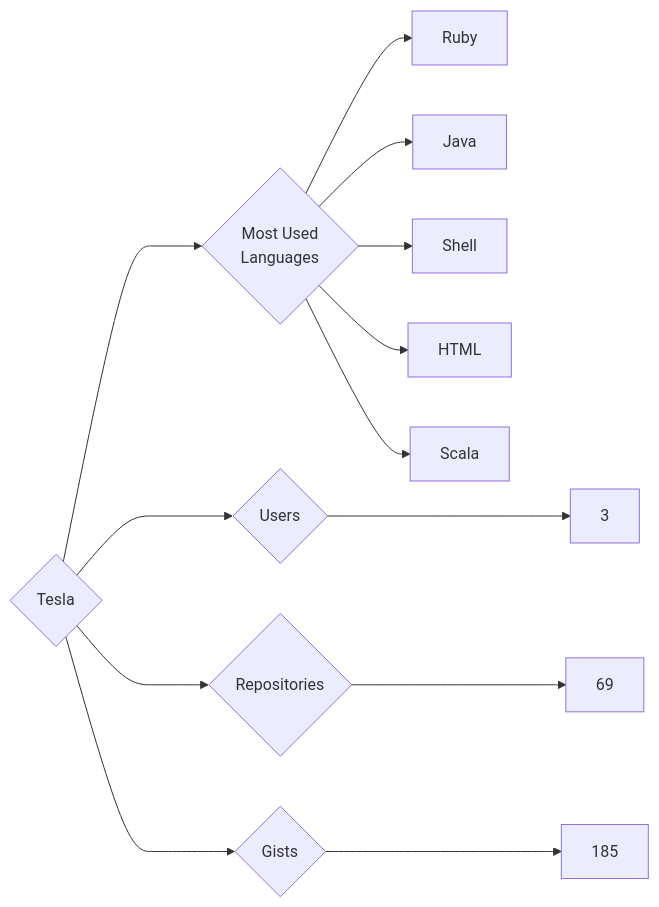
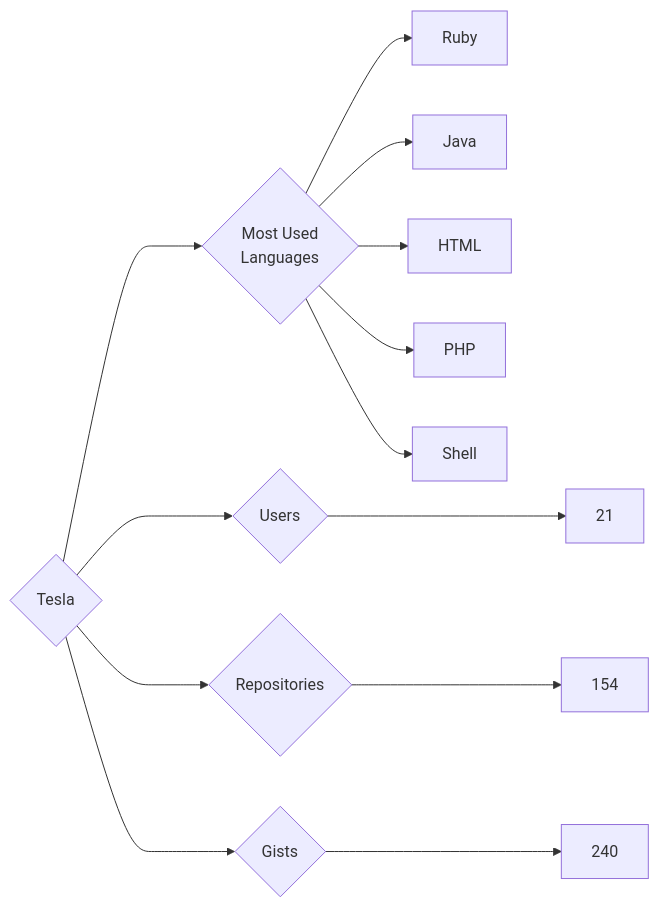
One commit to trickest/insiders changed the diagram in targets/Tesla/README.md. Above: the diagram before and after it, drawn with Mermaid. The commit also changed 1696 other files, not shown here.

````diff
--- a/targets/Tesla/README.md
+++ b/targets/Tesla/README.md
@@ -3,13 +3,13 @@
 ```mermaid
 graph LR
 COMPANY_NAME{Tesla}
-COMPANY_NAME ---> U{Users} ---> UN[3]
-COMPANY_NAME ---> R{Repositories} ---> RN[69]
-COMPANY_NAME ---> G{Gists} ---> GN[185]
+COMPANY_NAME ---> U{Users} ---> UN[21]
+COMPANY_NAME ---> R{Repositories} ---> RN[154]
+COMPANY_NAME ---> G{Gists} ---> GN[240]
 COMPANY_NAME ---> ML{Most Used<br>Languages}
 ML --> Ruby[Ruby]
 ML --> Java[Java]
+ML --> HTML[HTML]
+ML --> PHP[PHP]
 ML --> Shell[Shell]
-ML --> HTML[HTML]
-ML --> Scala[Scala]
 ```
````
